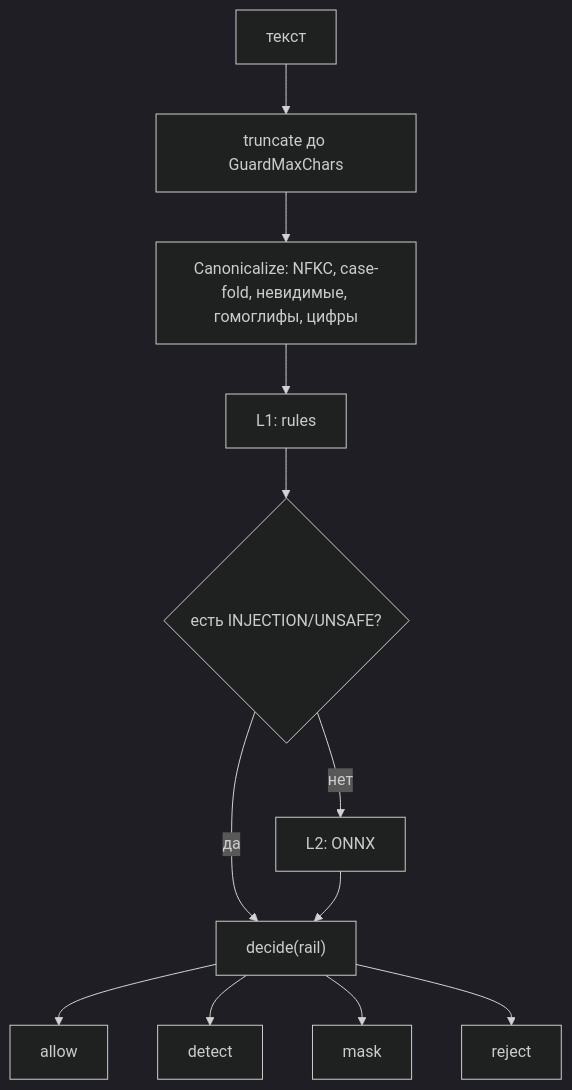
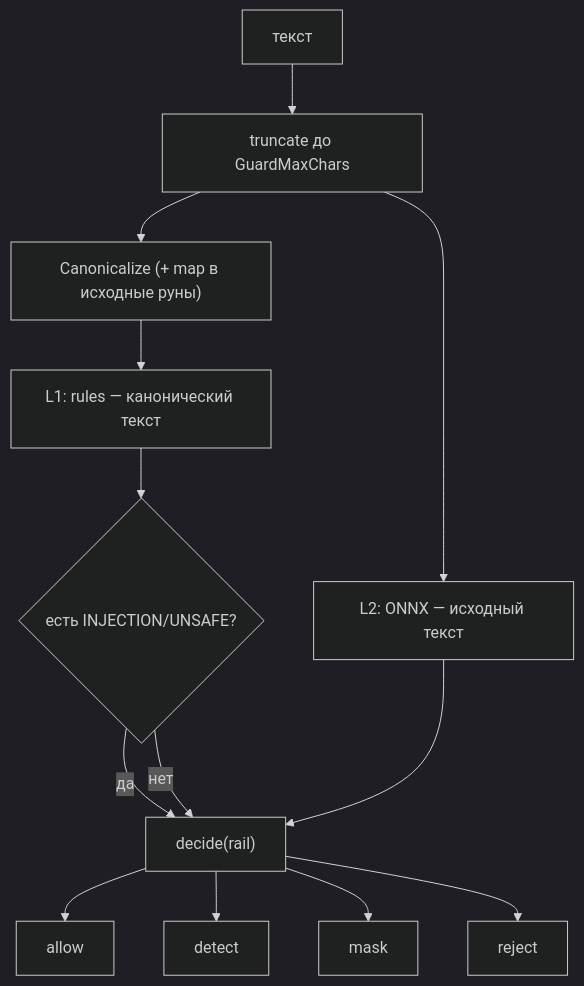
Before and after one commit to KirillYuzh/Gobellim: the diagram in docs/guides/guardrails.md, drawn with Mermaid (dark theme). The commit also changed other lines of this file and 23 other files, not shown here.

````diff
--- a/docs/guides/guardrails.md
+++ b/docs/guides/guardrails.md
@@ -53,14 +55,15 @@
 ```mermaid
 flowchart TD
     T["текст"] --> TR["truncate до GuardMaxChars"]
-    TR --> CAN["Canonicalize: NFKC, case-fold, невидимые, гомоглифы, цифры"]
-    CAN --> L1["L1: rules"]
+    TR --> CAN["Canonicalize (+ map в исходные руны)"]
+    CAN --> L1["L1: rules — канонический текст"]
+    TR --> L2["L2: ONNX — исходный текст"]
     L1 --> RC{"есть INJECTION/UNSAFE?"}
     RC -->|"да"| DEC["decide(rail)"]
-    RC -->|"нет"| L2["L2: ONNX"]
+    RC -->|"нет"| DEC
     L2 --> DEC
     DEC --> D1["allow"]
     DEC --> D2["detect"]
     DEC --> D3["mask"]
     DEC --> D4["reject"]
 ```
````
